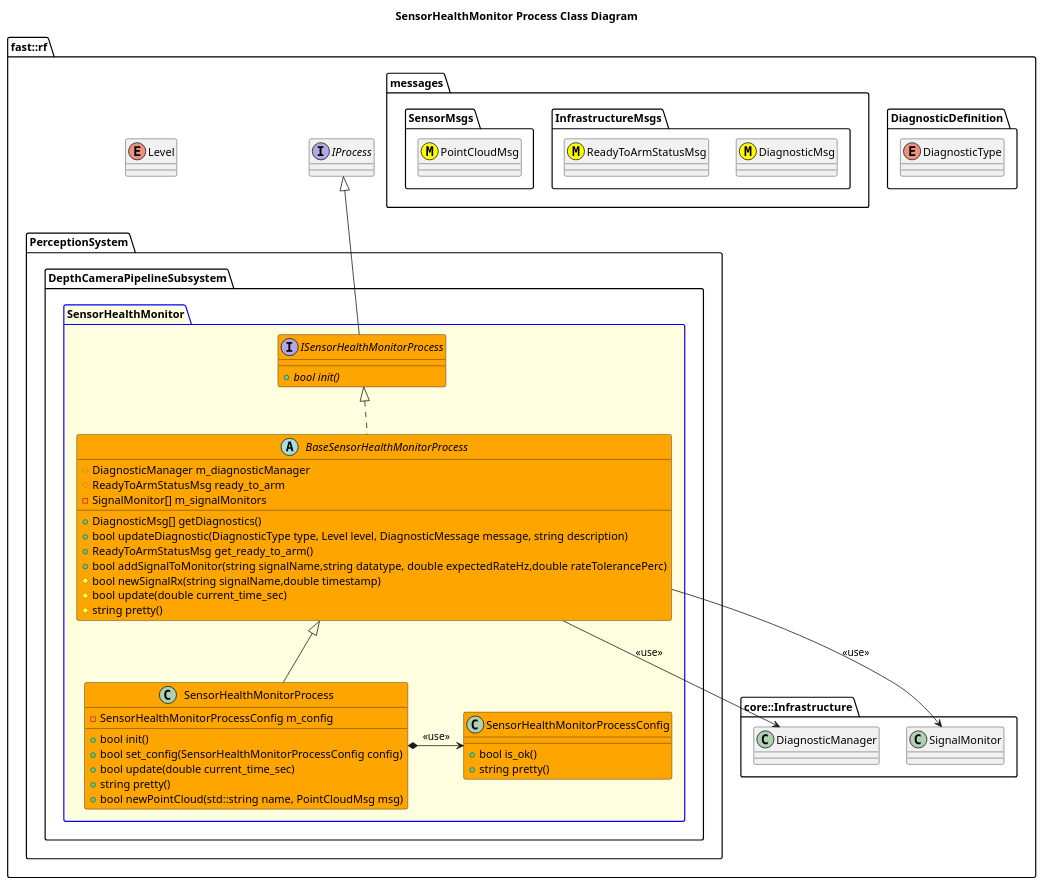
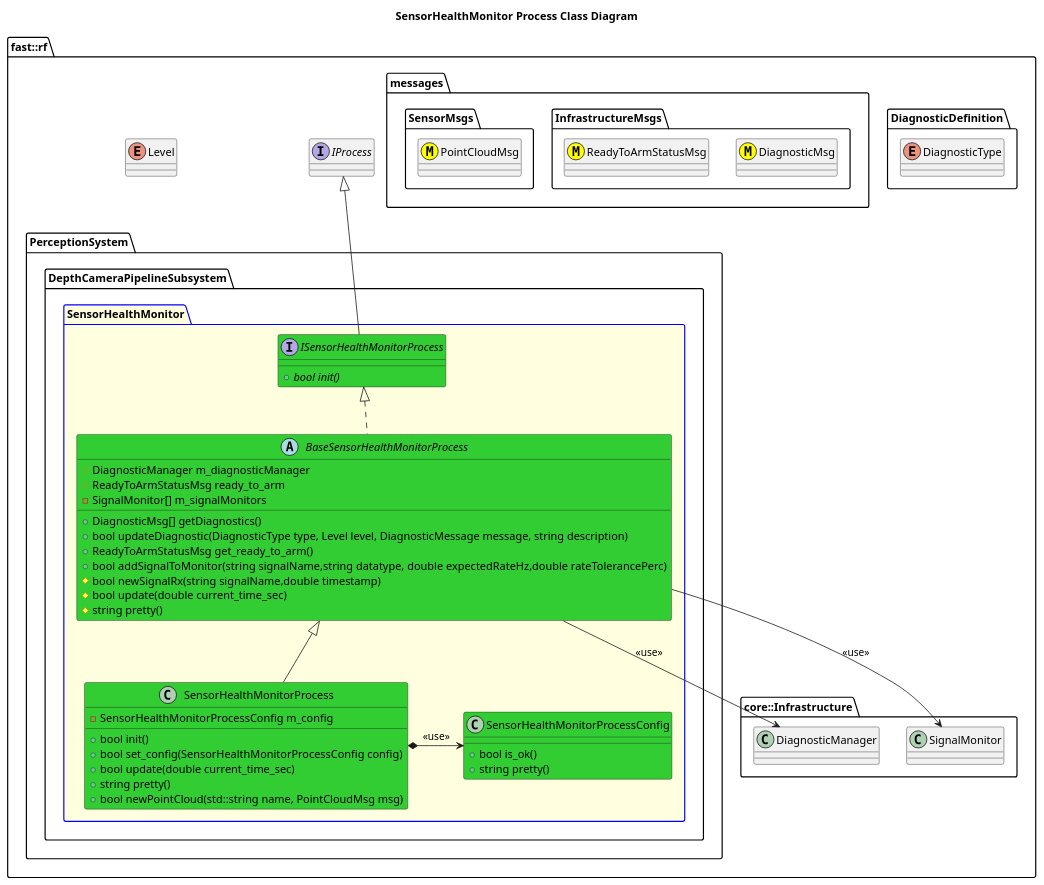
The diagram in Systems/Perception/Subsystems/DepthCameraPipeline/Processes/SensorHealthMonitor/doc/puml/SensorHealthMonitorProcessClassDiagram.puml (fastrobotics/robot_framework), drawn with PlantUML before and after one commit. The commit also changed 10 other files, not shown here.

Commit message:
Updated diagrams.

```diff
--- a/Systems/Perception/Subsystems/DepthCameraPipeline/Processes/SensorHealthMonitor/doc/puml/SensorHealthMonitorProcessClassDiagram.puml
+++ b/Systems/Perception/Subsystems/DepthCameraPipeline/Processes/SensorHealthMonitor/doc/puml/SensorHealthMonitorProcessClassDiagram.puml
@@ -2,66 +2,66 @@
 @startuml
 title SensorHealthMonitor Process Class Diagram
 
 namespace fast::rf {
     enum Level
     interface IProcess
     namespace DiagnosticDefinition {
         enum DiagnosticType
     }
     namespace messages {
         namespace InfrastructureMsgs {
             class DiagnosticMsg <<(M,#FFFF00)>>
             class ReadyToArmStatusMsg <<(M,#FFFF00)>>
         }
         namespace SensorMsgs {
             class PointCloudMsg <<(M,#FFFF00)>>
         }
     }
     namespace core::Infrastructure {
         class DiagnosticManager
         class SignalMonitor
     }
 
     namespace PerceptionSystem {
         namespace DepthCameraPipelineSubsystem {
            
         package SensorHealthMonitor #LightYellow;line:blue {
 
-            interface ISensorHealthMonitorProcess #Orange {
+            interface ISensorHealthMonitorProcess #LimeGreen {
                 +{abstract} bool init()
             }
             ISensorHealthMonitorProcess -up-|> IProcess
-            abstract BaseSensorHealthMonitorProcess #Orange {
+            abstract BaseSensorHealthMonitorProcess #LimeGreen {
                 +DiagnosticMsg[] getDiagnostics()
                 +bool updateDiagnostic(DiagnosticType type, Level level, DiagnosticMessage message, string description)
                 +ReadyToArmStatusMsg get_ready_to_arm()
                 +bool addSignalToMonitor(string signalName,string datatype, double expectedRateHz,double rateTolerancePerc)
                 #bool newSignalRx(string signalName,double timestamp)
                 #bool update(double current_time_sec)
                 #string pretty()
                 #DiagnosticManager m_diagnosticManager
                 #ReadyToArmStatusMsg ready_to_arm
                 -SignalMonitor[] m_signalMonitors
             }
             BaseSensorHealthMonitorProcess .up.|> ISensorHealthMonitorProcess
             BaseSensorHealthMonitorProcess --> DiagnosticManager: <<use>>
             BaseSensorHealthMonitorProcess --> SignalMonitor: <<use>>
-            class SensorHealthMonitorProcessConfig #Orange {
+            class SensorHealthMonitorProcessConfig #LimeGreen {
                 +bool is_ok()
                 +string pretty()
             }
-            class SensorHealthMonitorProcess #Orange {
+            class SensorHealthMonitorProcess #LimeGreen {
                 +bool init()
                 +bool set_config(SensorHealthMonitorProcessConfig config)
                 +bool update(double current_time_sec)
                 +string pretty()
                 +bool newPointCloud(std::string name, PointCloudMsg msg)
                 -SensorHealthMonitorProcessConfig m_config
             }
             SensorHealthMonitorProcess -up-|> BaseSensorHealthMonitorProcess
             SensorHealthMonitorProcess *-> SensorHealthMonitorProcessConfig: <<use>>
         }
     }
   }
 }
 @enduml
```
